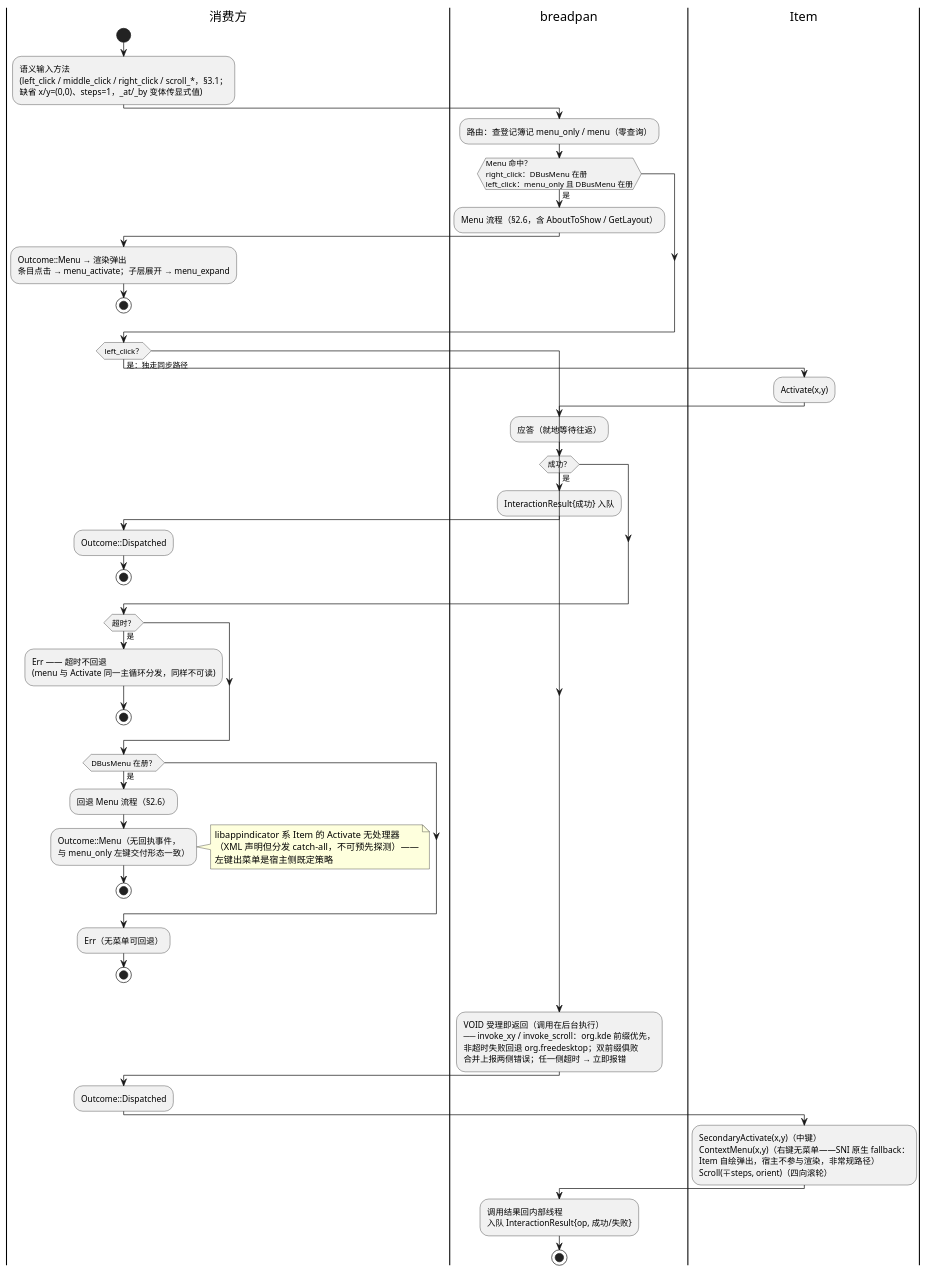
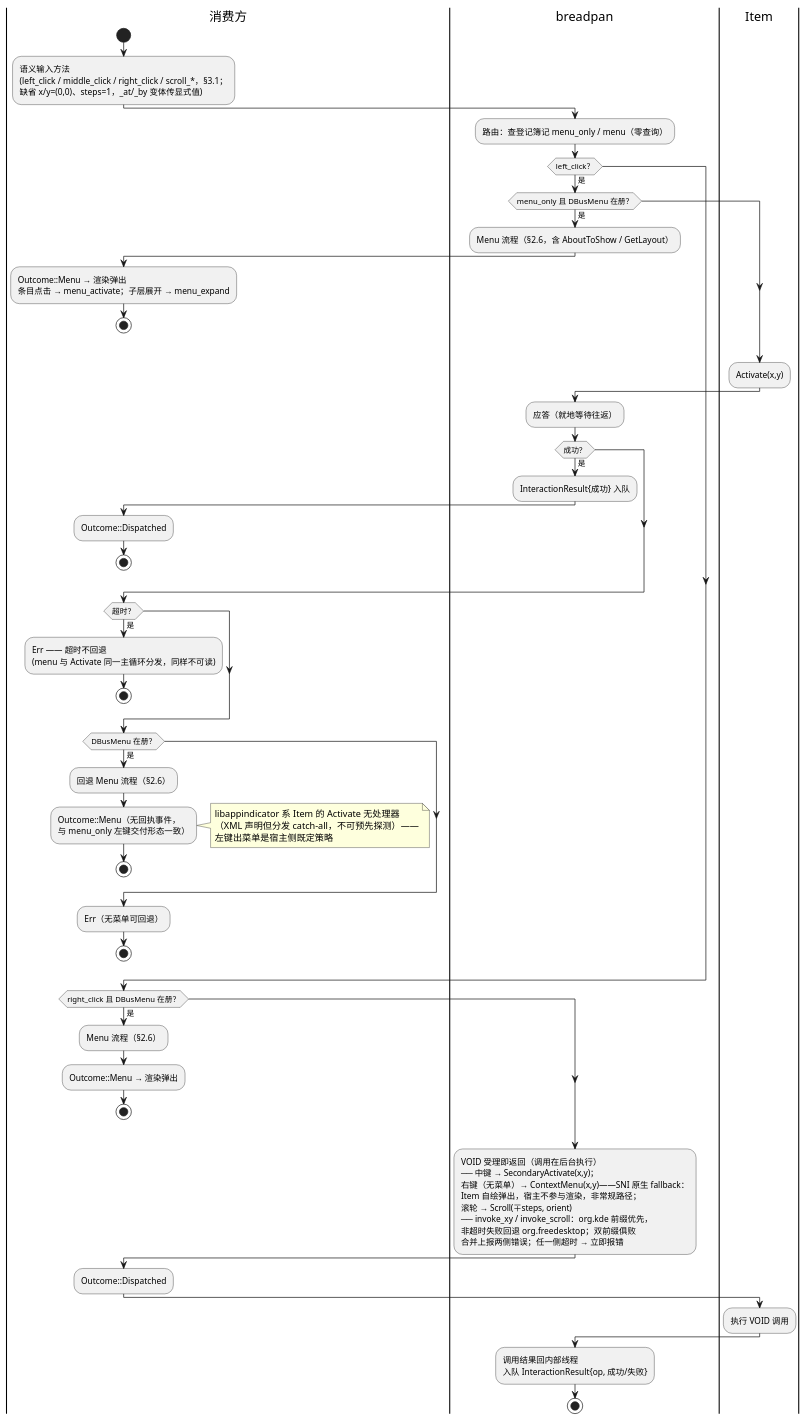
Before and after one commit to 54m43lJ/BreadKnife: the diagram in diagram/breadpan-input-routing.puml, drawn with PlantUML. The commit also changed 1 other file, not shown here.

Commit message:
docs(diagram): §2.7 活动图判断条件拆分与布线修正
- 'Menu 命中'混合条件拆为独立的是/否条件块：left_click？→
  menu_only 且 DBusMenu 在册？→ Activate 链 → right_click 且
  DBusMenu 在册？→ VOID 兜底，每个菱形均可单句回答
- left_click 否流程线条重叠根因：外层 Menu 命中的否边是跨越整个
  嵌套 else 的长回边，PlantUML 边路由不避障横穿内部箭头；
  卫语句化后否边只落紧邻动作，重叠消除

```diff
--- a/diagram/breadpan-input-routing.puml
+++ b/diagram/breadpan-input-routing.puml
@@ -1,65 +1,72 @@
 @startuml breadpan-input-routing
 |消费方|
 start
 :语义输入方法
 (left_click / middle_click / right_click / scroll_*，§3.1；
 缺省 x/y=(0,0)、steps=1，_at/_by 变体传显式值);
 |breadpan|
 :路由：查登记簿记 menu_only / menu（零查询）;
-if (Menu 命中？\nright_click：DBusMenu 在册\nleft_click：menu_only 且 DBusMenu 在册) then (是)
-  :Menu 流程（§2.6，含 AboutToShow / GetLayout）;
-  |消费方|
-  :Outcome::Menu → 渲染弹出
-  条目点击 → menu_activate；子层展开 → menu_expand;
-  stop
-endif
-if (left_click？) then (是：独走同步路径)
+if (left_click？) then (是)
+  if (menu_only 且 DBusMenu 在册？) then (是)
+    :Menu 流程（§2.6，含 AboutToShow / GetLayout）;
+    |消费方|
+    :Outcome::Menu → 渲染弹出
+    条目点击 → menu_activate；子层展开 → menu_expand;
+    stop
+  endif
   |Item|
   :Activate(x,y);
   |breadpan|
   :应答（就地等待往返）;
   if (成功？) then (是)
     :InteractionResult{成功} 入队;
     |消费方|
     :Outcome::Dispatched;
     stop
   endif
   if (超时？) then (是)
     |消费方|
     :Err —— 超时不回退
     (menu 与 Activate 同一主循环分发，同样不可读);
     stop
   endif
   if (DBusMenu 在册？) then (是)
     :回退 Menu 流程（§2.6）;
     |消费方|
     :Outcome::Menu（无回执事件，
     与 menu_only 左键交付形态一致）;
     note right
       libappindicator 系 Item 的 Activate 无处理器
       （XML 声明但分发 catch-all，不可预先探测）——
       左键出菜单是宿主侧既定策略
     end note
     stop
   endif
   |消费方|
   :Err（无菜单可回退）;
   stop
 endif
+if (right_click 且 DBusMenu 在册？) then (是)
+  :Menu 流程（§2.6）;
+  |消费方|
+  :Outcome::Menu → 渲染弹出;
+  stop
+endif
 |breadpan|
 :VOID 受理即返回（调用在后台执行）
+── 中键 → SecondaryActivate(x,y)；
+右键（无菜单）→ ContextMenu(x,y)——SNI 原生 fallback：
+Item 自绘弹出，宿主不参与渲染，非常规路径；
+滚轮 → Scroll(∓steps, orient)
 ── invoke_xy / invoke_scroll：org.kde 前缀优先，
 非超时失败回退 org.freedesktop；双前缀俱败
 合并上报两侧错误；任一侧超时 → 立即报错;
 |消费方|
 :Outcome::Dispatched;
 |Item|
-:SecondaryActivate(x,y)（中键）
-ContextMenu(x,y)（右键无菜单——SNI 原生 fallback：
-Item 自绘弹出，宿主不参与渲染，非常规路径）
-Scroll(∓steps, orient)（四向滚轮）;
+:执行 VOID 调用;
 |breadpan|
 :调用结果回内部线程
 入队 InteractionResult{op, 成功/失败};
 stop
 @enduml
```
